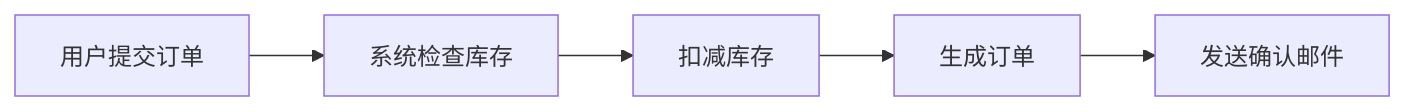
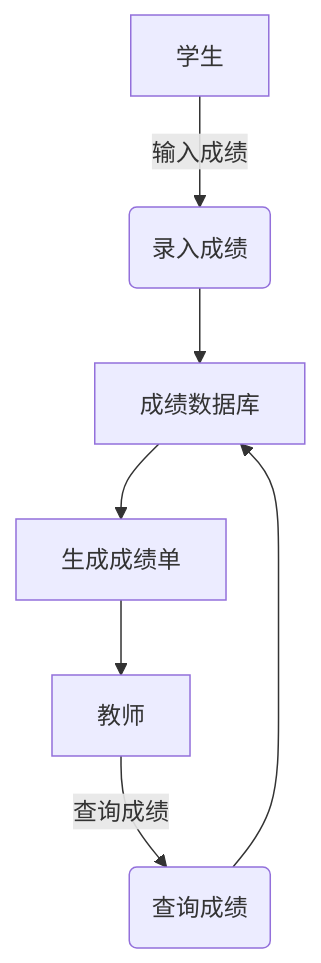
Before and after one commit to yuedong111/learnmix_resource: the first of 2 diagrams in output/software_junior/07_系统分析与设计方法_.md, drawn with Mermaid. The commit also changed other lines of this file and 15 other files, not shown here.

Commit message:
Refactor chapters 15 and 16: Enhance clarity and structure on system reliability and standardization concepts, including improved examples and definitions. Update markdown formatting and add diagrams for better understanding.

````diff
--- a/output/software_junior/07_系统分析与设计方法_.md
+++ b/output/software_junior/07_系统分析与设计方法_.md
@@ -36,7 +45,9 @@
 ```mermaid
-flowchart LR
-    A[用户提交订单] --> B[系统检查库存]
-    B --> C[扣减库存]
-    C --> D[生成订单]
-    D --> E[发送确认邮件]
-```  
+graph TD
+    A[学生] -->|输入成绩| B(录入成绩)
+    B --> C[成绩数据库]
+    D[教师] -->|查询成绩| E(查询成绩)
+    E --> C
+    C --> F[生成成绩单]
+    F --> D
+```
````
